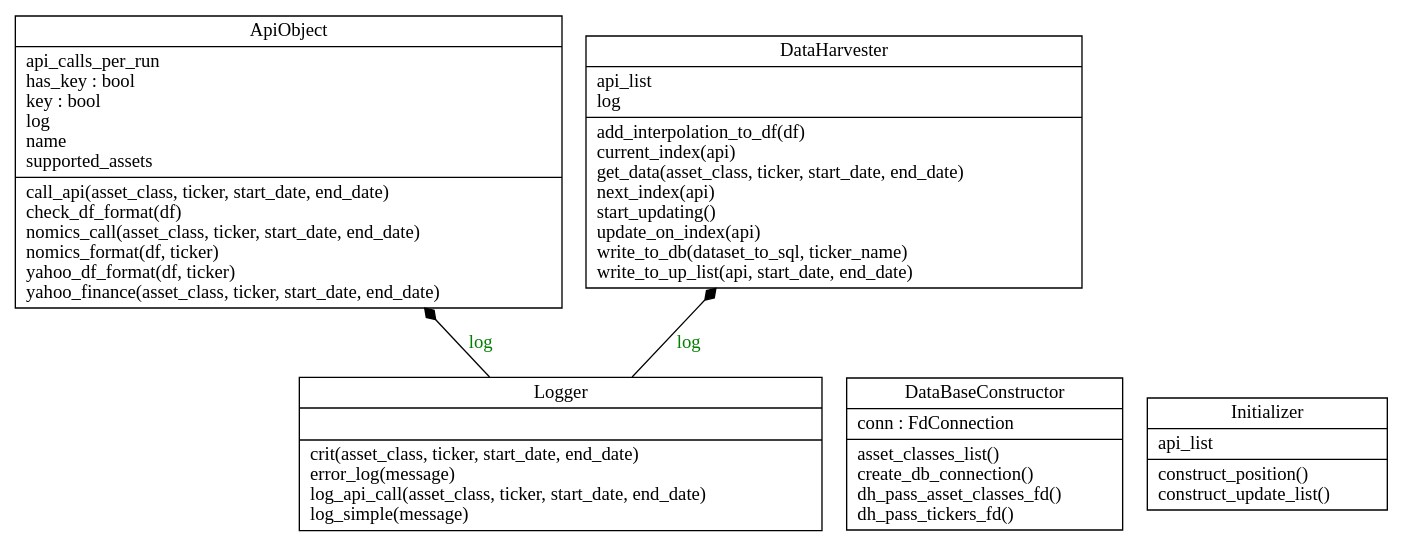
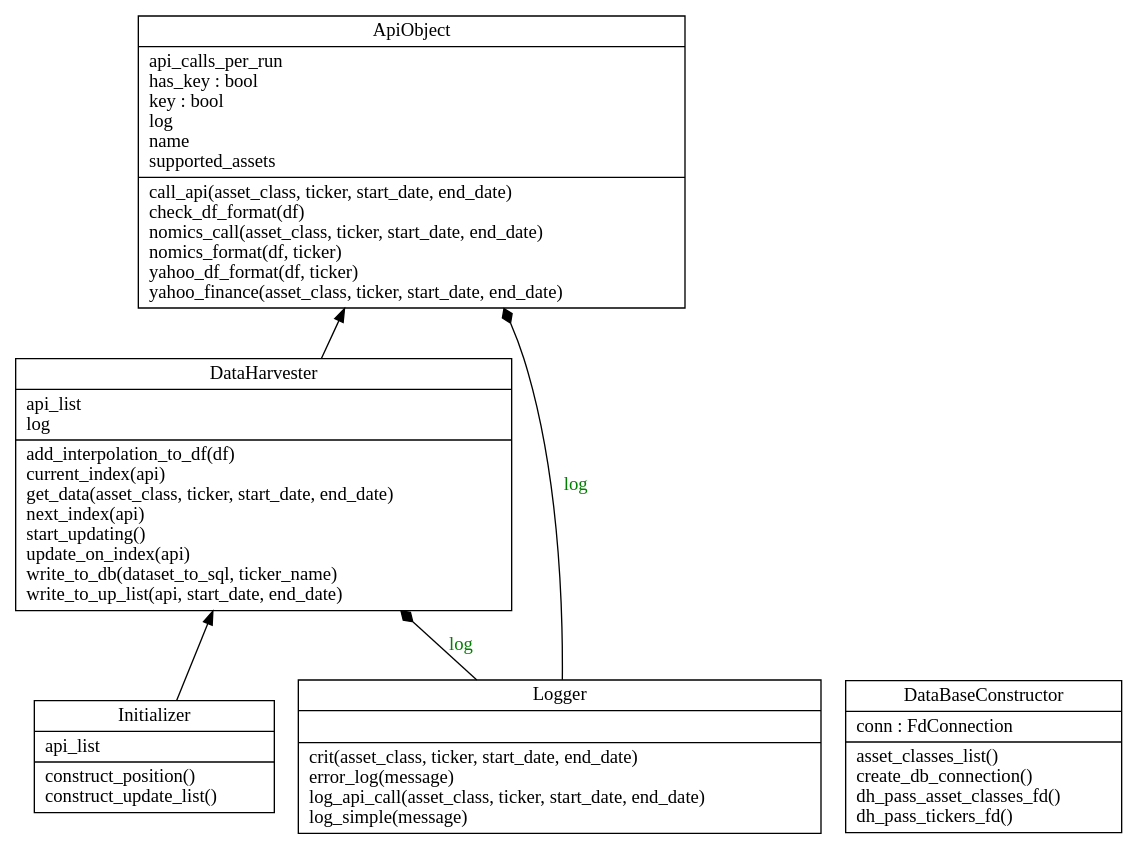
Before and after one commit to Veluga/Thalia-Backtesting-Tool: the diagram in Report/uml/classes_dhav_core.dot, drawn with Graphviz. The commit also changed 2 other files, not shown here.

```diff
--- a/Report/uml/classes_dhav_core.dot
+++ b/Report/uml/classes_dhav_core.dot
@@ -1,11 +1,13 @@
 digraph "classes_dhav_core" {
 charset="utf-8"
 rankdir=BT
 "0" [label="{ApiObject|api_calls_per_run\lhas_key : bool\lkey : bool\llog\lname\lsupported_assets\l|call_api(asset_class, ticker, start_date, end_date)\lcheck_df_format(df)\lnomics_call(asset_class, ticker, start_date, end_date)\lnomics_format(df, ticker)\lyahoo_df_format(df, ticker)\lyahoo_finance(asset_class, ticker, start_date, end_date)\l}", shape="record"];
 "1" [label="{DataBaseConstructor|conn : FdConnection\l|asset_classes_list()\lcreate_db_connection()\ldh_pass_asset_classes_fd()\ldh_pass_tickers_fd()\l}", shape="record"];
 "2" [label="{DataHarvester|api_list\llog\l|add_interpolation_to_df(df)\lcurrent_index(api)\lget_data(asset_class, ticker, start_date, end_date)\lnext_index(api)\lstart_updating()\lupdate_on_index(api)\lwrite_to_db(dataset_to_sql, ticker_name)\lwrite_to_up_list(api, start_date, end_date)\l}", shape="record"];
 "3" [label="{Initializer|api_list\l|construct_position()\lconstruct_update_list()\l}", shape="record"];
 "4" [label="{Logger|\l|crit(asset_class, ticker, start_date, end_date)\lerror_log(message)\llog_api_call(asset_class, ticker, start_date, end_date)\llog_simple(message)\l}", shape="record"];
 "4" -> "0" [arrowhead="diamond", arrowtail="none", fontcolor="green", label="log", style="solid"];
 "4" -> "2" [arrowhead="diamond", arrowtail="none", fontcolor="green", label="log", style="solid"];
+"3" -> "2" [arrowhead="normal", arrowtail="none", style="solid"];
+"2" -> "0" [arrowhead="normal", arrowtail="none", style="solid"];
 }
```
